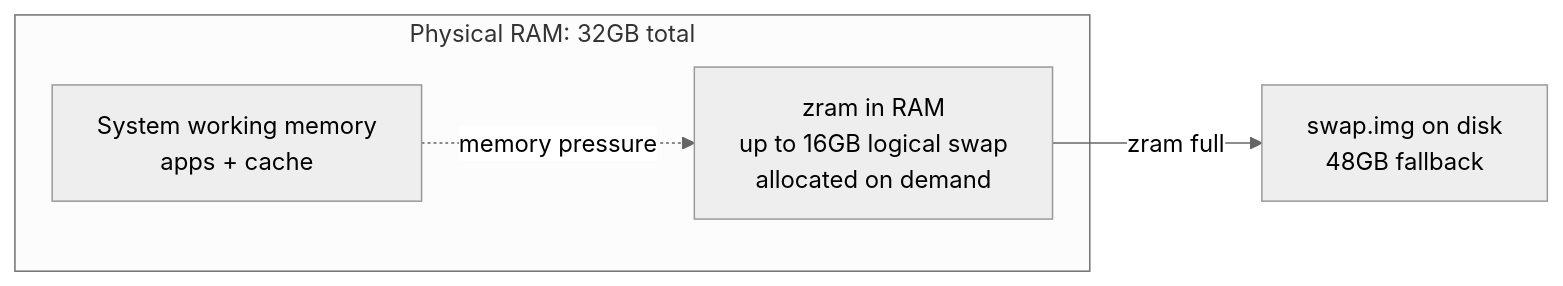
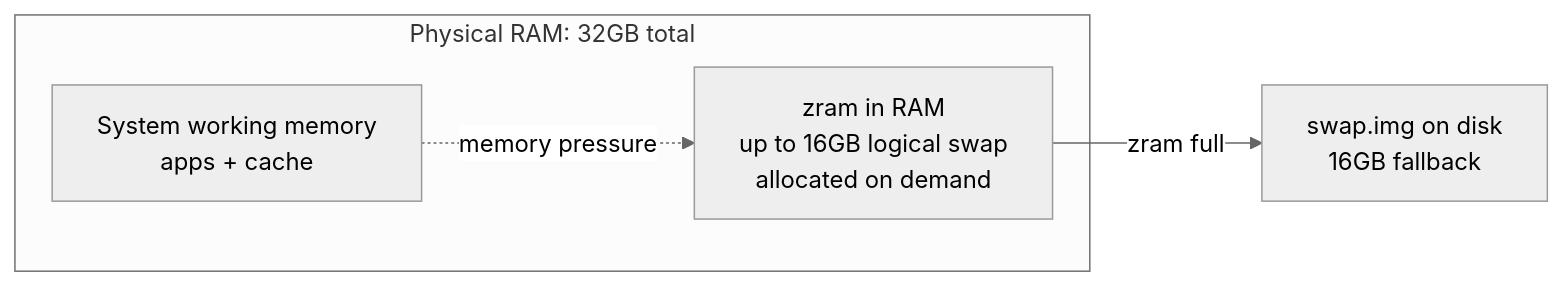
The second of 2 diagrams in docs/swap_config.md (jlucas-oqc/playgound), drawn with Mermaid (neutral theme) before and after one commit. The commit also changed other lines of this file, not shown here.

Commit message:
docs: refine swap tuning recommendations by RAM tier

````diff
--- a/docs/swap_config.md
+++ b/docs/swap_config.md
@@ -35,10 +35,10 @@
 ```mermaid
 flowchart LR
     subgraph RAM32[Physical RAM: 32GB total]
         SYS32[System working memory<br/>apps + cache]
         Z32[zram in RAM<br/>up to 16GB logical swap<br/>allocated on demand]
     end
 
     SYS32 -. memory pressure .-> Z32
-    Z32 -->|zram full| D32[swap.img on disk<br/>48GB fallback]
+    Z32 -->|zram full| D32[swap.img on disk<br/>16GB fallback]
 ```
````
